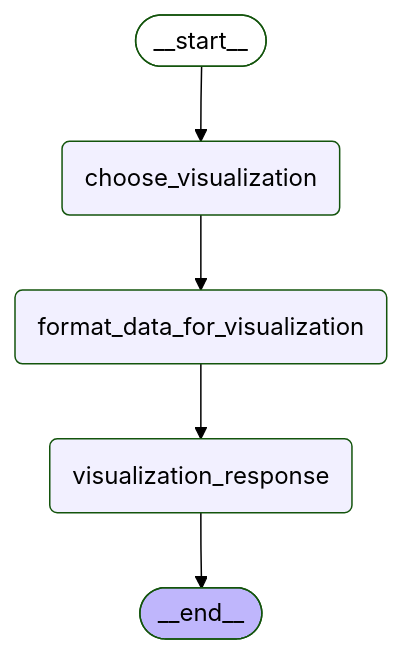
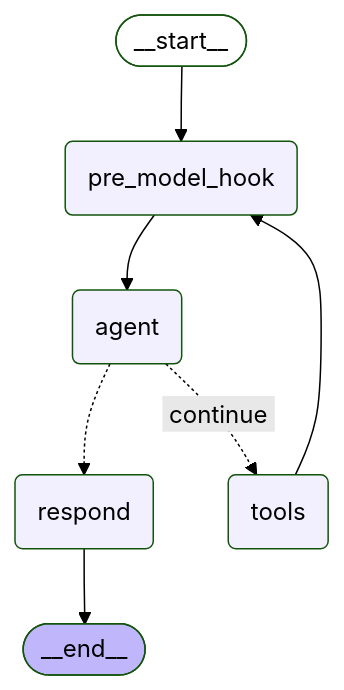
The diagram in chat-server/app/workflow/graph/graph_mermaid/visualize_data_graph.mmd (factly/gopie), drawn with Mermaid (forest theme) before and after one commit. The commit also changed 45 other files, not shown here.

Commit message:
refactor: consolidate visualization tools and implement base provider interface

```diff
--- a/chat-server/app/workflow/graph/graph_mermaid/visualize_data_graph.mmd
+++ b/chat-server/app/workflow/graph/graph_mermaid/visualize_data_graph.mmd
@@ -1,18 +1,21 @@
 ---
 config:
   flowchart:
     curve: basis
 ---
 graph TD;
 	__start__([<p>__start__</p>]):::first
-	choose_visualization(choose_visualization)
-	format_data_for_visualization(format_data_for_visualization)
-	visualization_response(visualization_response)
+	agent(agent)
+	pre_model_hook(pre_model_hook)
+	respond(respond)
+	tools(tools)
 	__end__([<p>__end__</p>]):::last
-	__start__ --> choose_visualization;
-	choose_visualization --> format_data_for_visualization;
-	format_data_for_visualization --> visualization_response;
-	visualization_response --> __end__;
+	__start__ --> pre_model_hook;
+	agent -.-> respond;
+	agent -. &nbsp;continue&nbsp; .-> tools;
+	pre_model_hook --> agent;
+	tools --> pre_model_hook;
+	respond --> __end__;
 	classDef default fill:#f2f0ff,line-height:1.2
 	classDef first fill-opacity:0
 	classDef last fill:#bfb6fc
```
